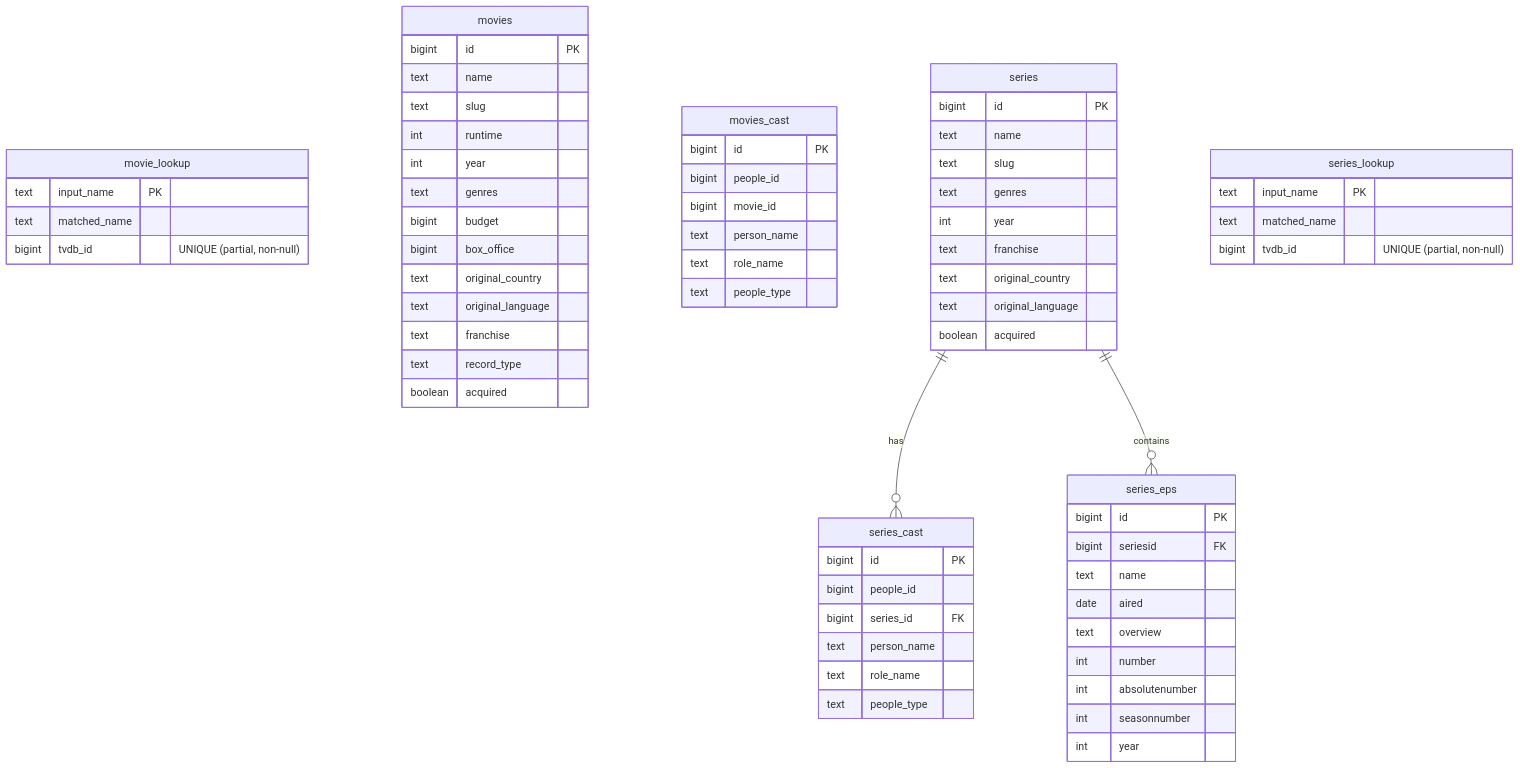
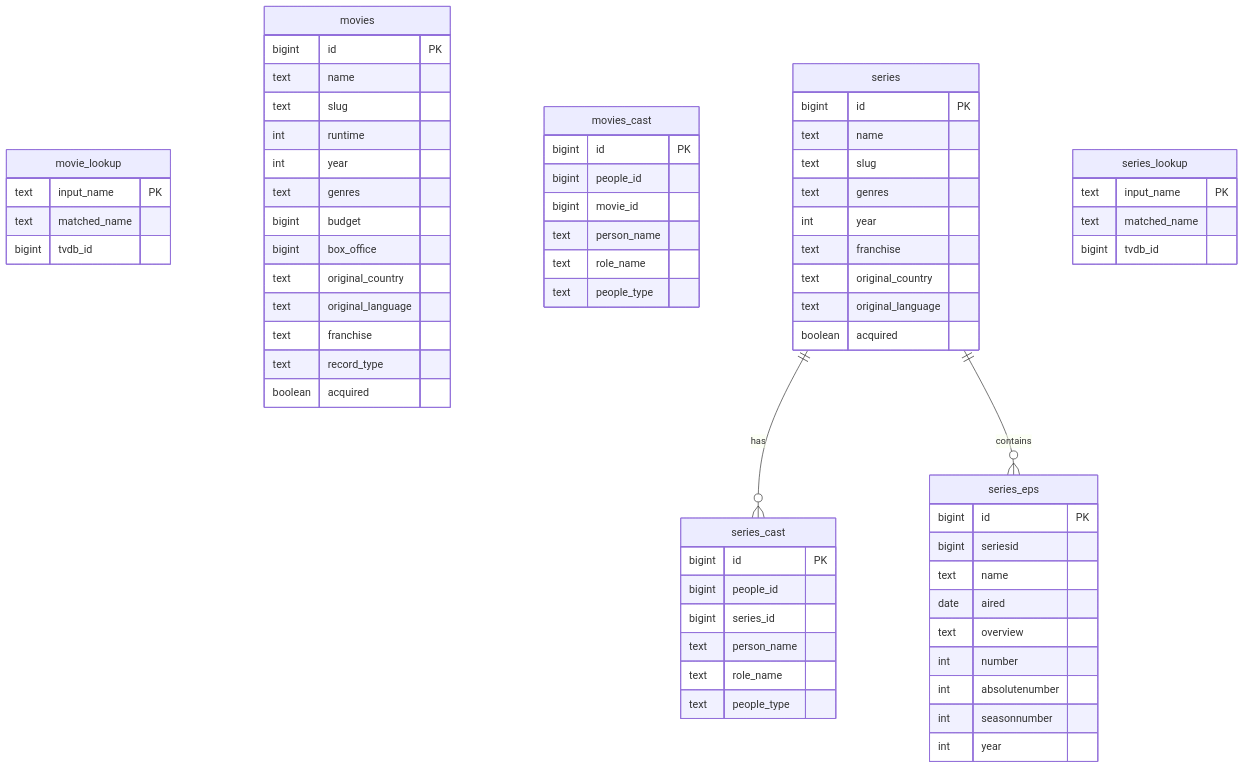
Before and after one commit to Lepidoptera7/Media-Centre: the diagram in schema_diagram.mmd, drawn with Mermaid.

Commit message:
schema_diagram.mmd

````diff
--- a/schema_diagram.mmd
+++ b/schema_diagram.mmd
@@ -1,76 +1,76 @@
-``` mermaid
+```mermaid
 erDiagram
-    movie_lookup {
+
+  movie_lookup {
     text input_name PK
     text matched_name
-    bigint tvdb_id "UNIQUE (partial, non-null)"
-    }
+    bigint tvdb_id
+  }
 
-    movies {
+  movies {
     bigint id PK
     text name
     text slug
     int runtime
     int year
     text genres
     bigint budget
     bigint box_office
     text original_country
     text original_language
     text franchise
     text record_type
     boolean acquired
-    }
+  }
 
-    movies_cast {
+  movies_cast {
     bigint id PK
     bigint people_id
     bigint movie_id
     text person_name
     text role_name
     text people_type
-    }
+  }
 
-    series {
+  series {
     bigint id PK
     text name
     text slug
     text genres
     int year
     text franchise
     text original_country
     text original_language
     boolean acquired
-    }
+  }
 
-    series_cast {
+  series_cast {
     bigint id PK
     bigint people_id
-    bigint series_id FK
+    bigint series_id
     text person_name
     text role_name
     text people_type
-    }
+  }
 
-    series_eps {
+  series_eps {
     bigint id PK
-    bigint seriesid FK
+    bigint seriesid
     text name
     date aired
     text overview
     int number
     int absolutenumber
     int seasonnumber
     int year
-    }
+  }
 
-    series_lookup {
+  series_lookup {
     text input_name PK
     text matched_name
-    bigint tvdb_id "UNIQUE (partial, non-null)"
-    }
+    bigint tvdb_id
+  }
 
-    series ||--o{ series_cast : has
-    series ||--o{ series_eps : contains
-
+  series ||--o{ series_cast : has
+  series ||--o{ series_eps : contains
 ```
````
